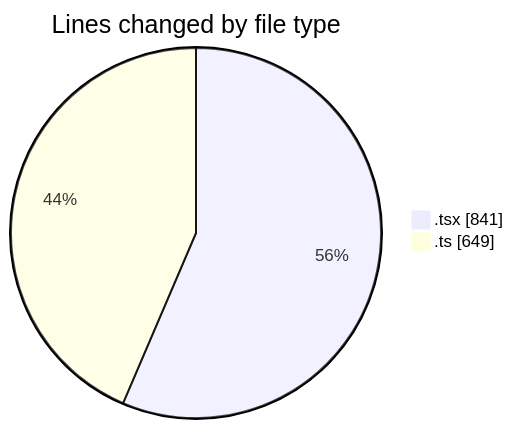
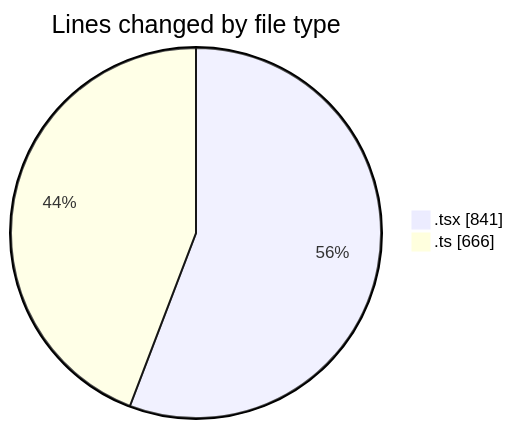
The first of 2 diagrams in 2025-10-15/eventscop-frontend-guide__workspace_/README.md (julien-gomy/code-tracking), drawn with Mermaid before and after one commit. The commit also changed other lines of this file and 1 other file, not shown here.

````diff
--- a/2025-10-15/eventscop-frontend-guide__workspace_/README.md
+++ b/2025-10-15/eventscop-frontend-guide__workspace_/README.md
@@ -26,6 +27,6 @@
 ```mermaid
 pie showData
 title Lines changed by file type
 ".tsx" : 841
-".ts" : 649
+".ts" : 666
 ```
````
